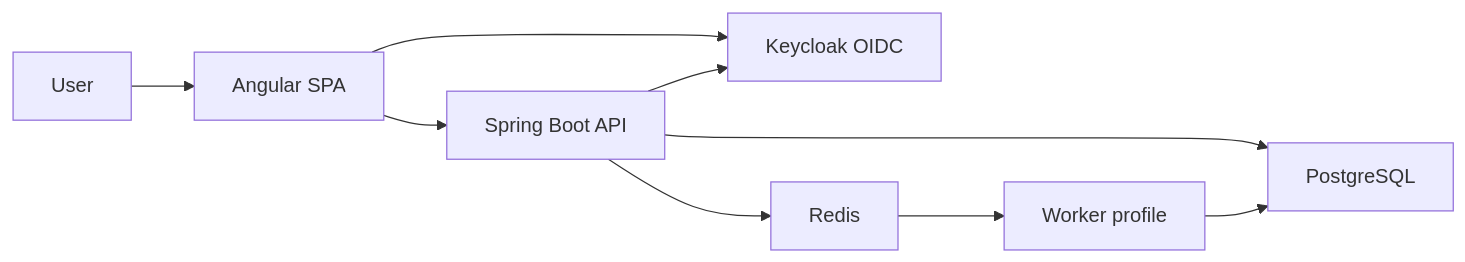
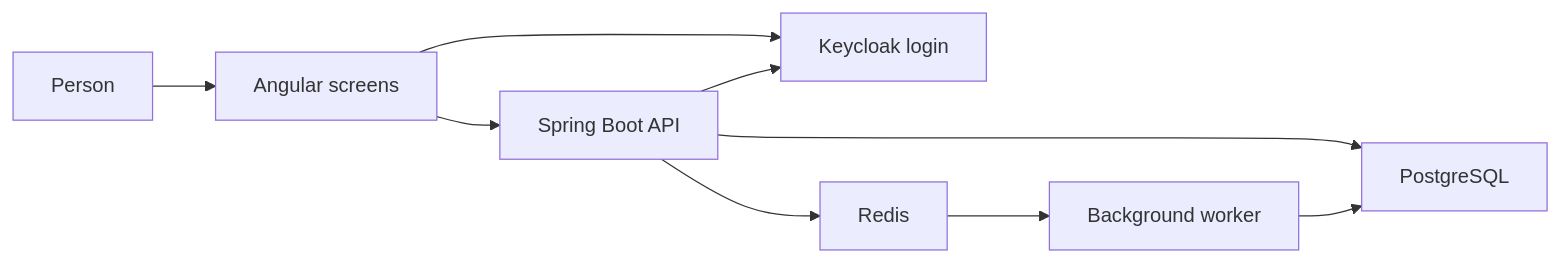
One commit to ADFinance-Rwanda/Cates changed the diagram in docs/ARCHITECTURE.md. Above: the diagram before and after it, drawn with Mermaid. The commit also changed other lines of this file and 42 other files, not shown here.

Commit message:
docker compose, database, keycloak,  redis setup & angular screens

````diff
--- a/docs/ARCHITECTURE.md
+++ b/docs/ARCHITECTURE.md
@@ -32,11 +21,11 @@
 ```mermaid
 flowchart LR
-  User[User] --> Frontend[Angular SPA]
-  Frontend --> Keycloak[Keycloak OIDC]
+  User[Person] --> Frontend[Angular screens]
+  Frontend --> Keycloak[Keycloak login]
   Frontend --> API[Spring Boot API]
   API --> Keycloak
   API --> Postgres[PostgreSQL]
   API --> Redis[Redis]
-  Redis --> Worker[Worker profile]
+  Redis --> Worker[Background worker]
   Worker --> Postgres
 ```
````
